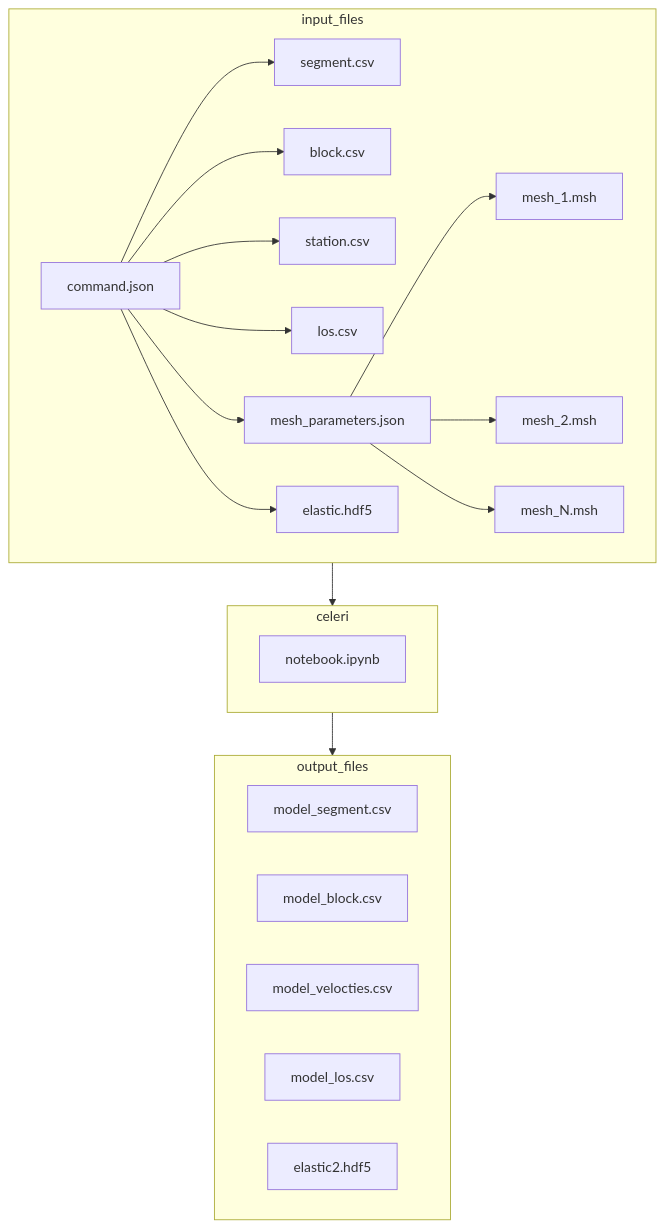
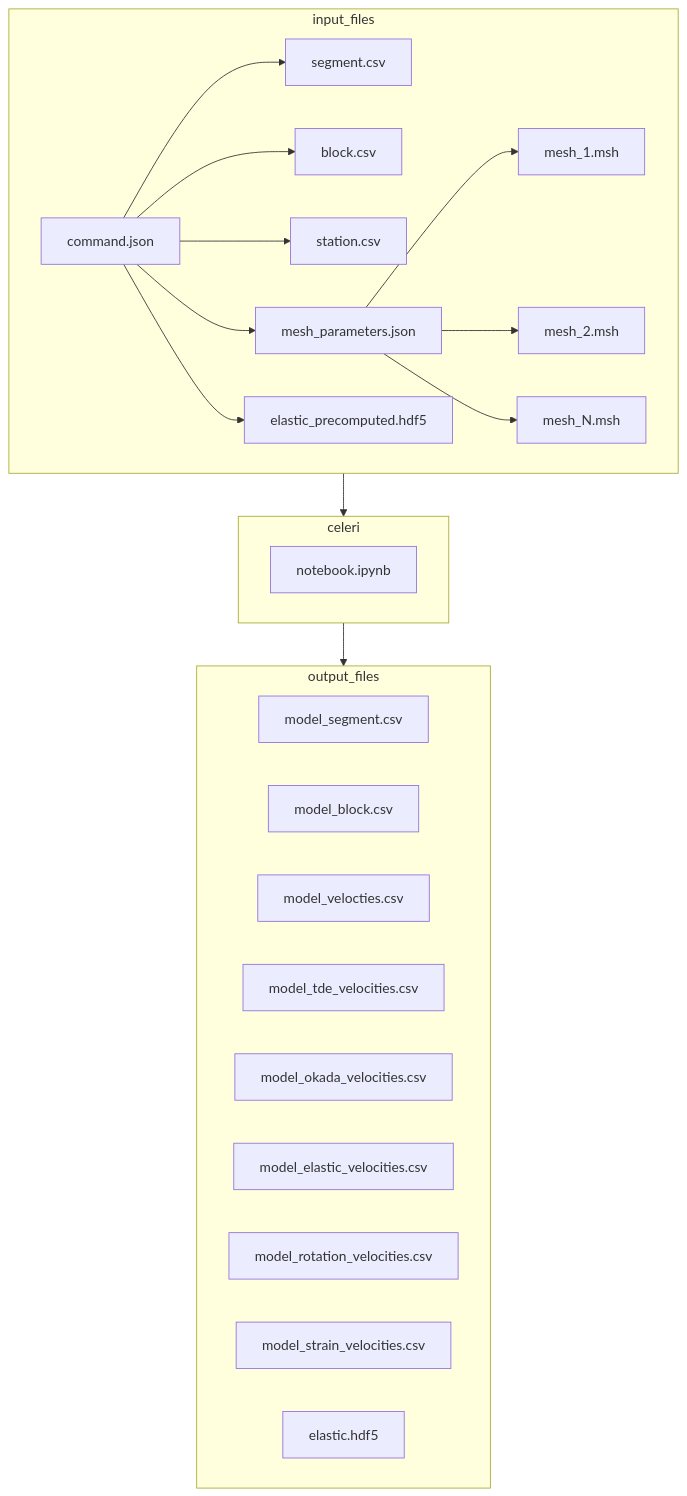
The second of 2 diagrams in README.md (brendanjmeade/celeri), drawn with Mermaid before and after one commit.

Commit message:
Added additional output files

````diff
--- a/README.md
+++ b/README.md
@@ -40,26 +40,30 @@
 ```mermaid
 flowchart TD
   subgraph input_files
     command.json --> segment.csv
     command.json --> block.csv
     command.json --> station.csv
-    command.json --> los.csv
     command.json --> mesh_parameters.json
     mesh_parameters.json --> mesh_1.msh
     mesh_parameters.json --> mesh_2.msh
     mesh_parameters.json --> mesh_N.msh
-    command.json --> elastic.hdf5
+    command.json --> elastic_precomputed.hdf5
   end
   subgraph celeri
     notebook.ipynb
   end
   subgraph output_files
     model_segment.csv
     model_block.csv
     model_velocties.csv
-    model_los.csv
-    elastic2.hdf5
+    model_velocties.csv
+    model_tde_velocities.csv
+    model_okada_velocities.csv
+    model_elastic_velocities.csv
+    model_rotation_velocities.csv
+    model_strain_velocities.csv
+    elastic.hdf5
   end
   input_files --> celeri
   celeri --> output_files
 ```
````
